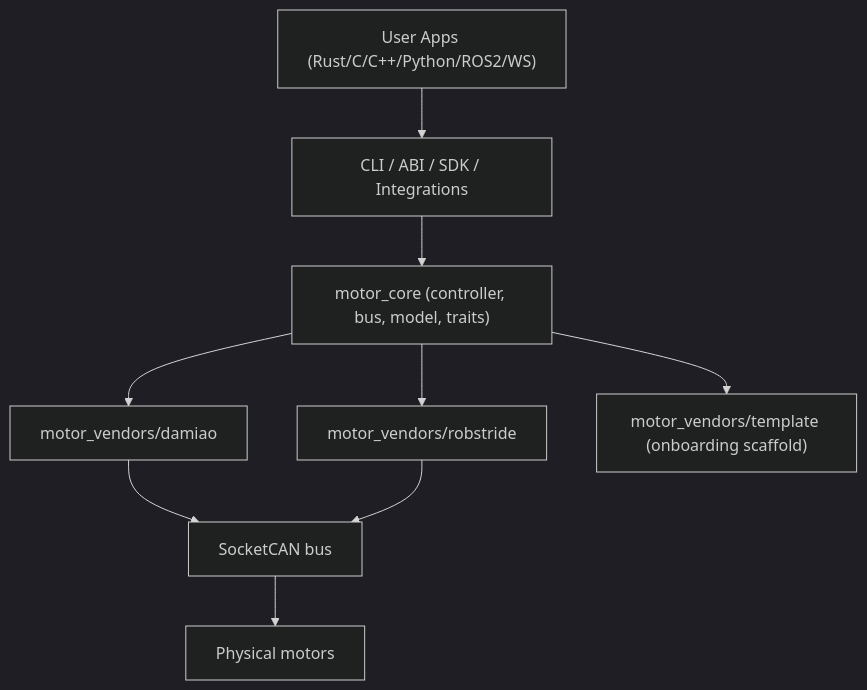
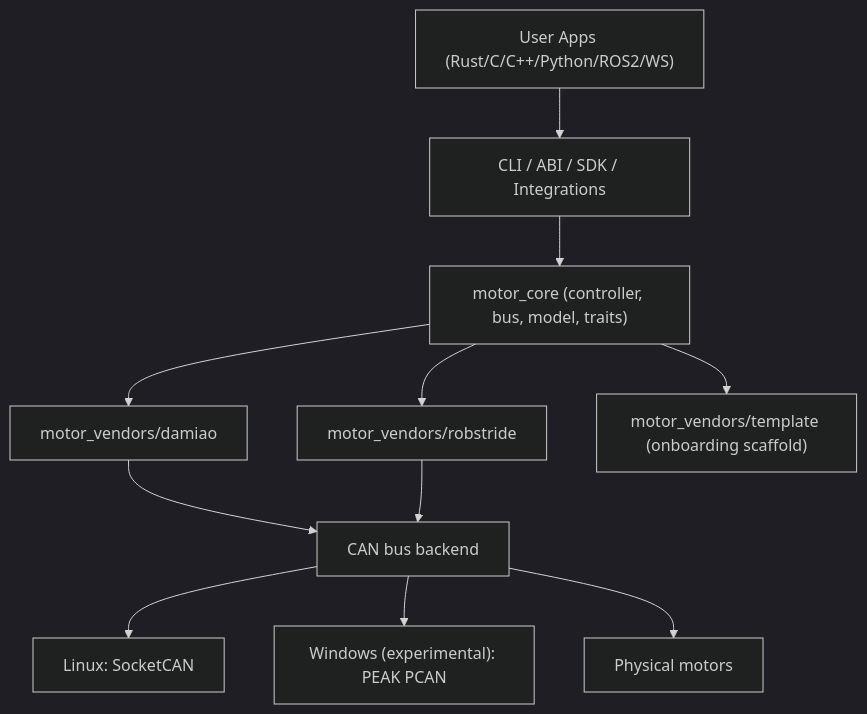
The first of 2 diagrams in README.md (tianrking/motorbridge), drawn with Mermaid (dark theme) before and after one commit. The commit also changed other lines of this file and 30 other files, not shown here.

Commit message:
Add experimental Windows PCAN backend, packaging fixes, and docs

````diff
--- a/README.md
+++ b/README.md
@@ -20,11 +20,13 @@
 ```mermaid
 flowchart TB
   APP["User Apps (Rust/C/C++/Python/ROS2/WS)"] --> SURFACE["CLI / ABI / SDK / Integrations"]
   SURFACE --> CORE["motor_core (controller, bus, model, traits)"]
   CORE --> DAMIAO["motor_vendors/damiao"]
   CORE --> ROBSTRIDE["motor_vendors/robstride"]
   CORE --> TEMPLATE["motor_vendors/template (onboarding scaffold)"]
-  DAMIAO --> CAN["SocketCAN bus"]
+  DAMIAO --> CAN["CAN bus backend"]
   ROBSTRIDE --> CAN
+  CAN --> LNX["Linux: SocketCAN"]
+  CAN --> WIN["Windows (experimental): PEAK PCAN"]
   CAN --> HW["Physical motors"]
 ```
````
